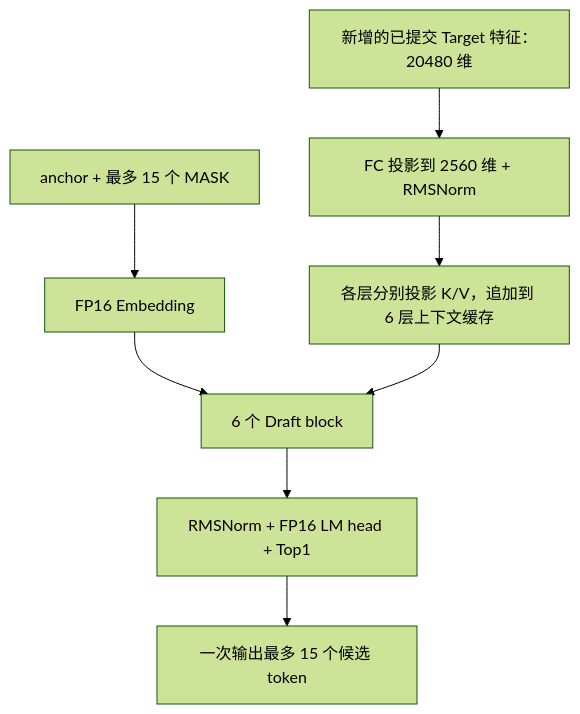
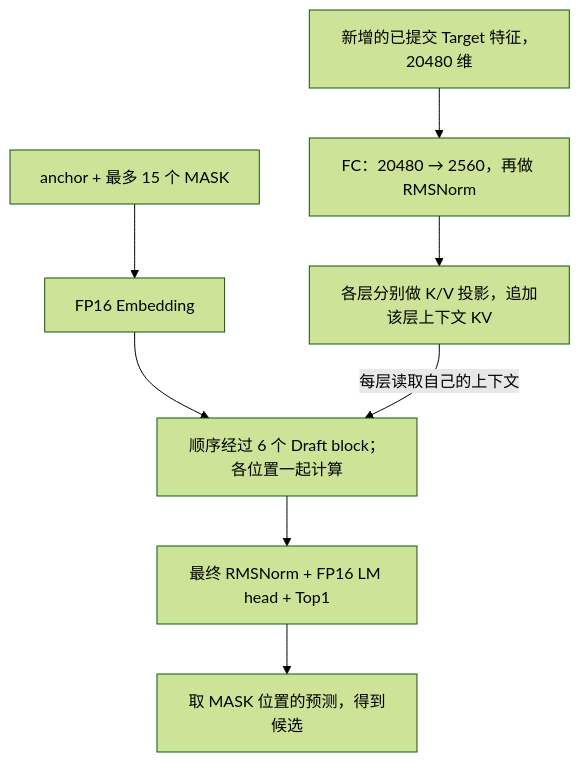
The third of 3 diagrams in docs/DFLASH_ARCHITECTURE.md (day8reak/qwen3.5-4B-dflash), drawn with Mermaid (forest theme) before and after one commit. The commit also changed other lines of this file and 4 other files, not shown here.

Commit message:
Reorganize DFlash architecture around generation and state flow

````diff
--- a/docs/DFLASH_ARCHITECTURE.md
+++ b/docs/DFLASH_ARCHITECTURE.md
@@ -86,9 +132,10 @@
 ```mermaid
 flowchart TB
-    F["新增的已提交 Target 特征：20480 维"] --> P["FC 投影到 2560 维 + RMSNorm"]
-    P --> K["各层分别投影 K/V，追加到 6 层上下文缓存"]
+    F["新增的已提交 Target 特征，20480 维"] --> P["FC：20480 → 2560，再做 RMSNorm"]
+    P --> KV["各层分别做 K/V 投影，追加该层上下文 KV"]
     A["anchor + 最多 15 个 MASK"] --> E["FP16 Embedding"]
-    E --> B["6 个 Draft block"] --> N["RMSNorm + FP16 LM head + Top1"]
-    K --> B
-    N --> O["一次输出最多 15 个候选 token"]
+    E --> B["顺序经过 6 个 Draft block；各位置一起计算"]
+    KV -->|每层读取自己的上下文| B
+    B --> N["最终 RMSNorm + FP16 LM head + Top1"]
+    N --> O["取 MASK 位置的预测，得到候选"]
 ```
````
